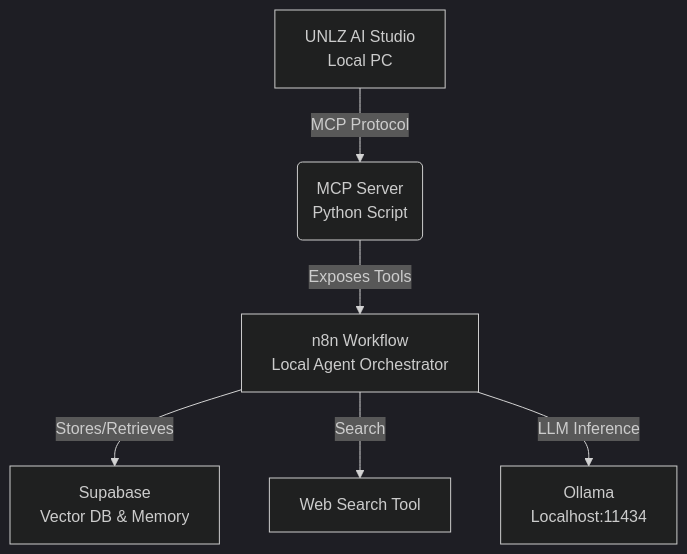
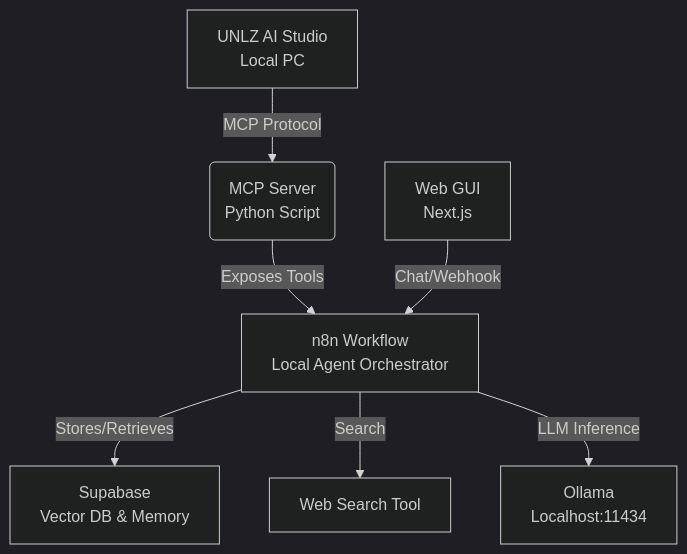
The diagram in README.md (cristianlukas/UNLZ-Agent), drawn with Mermaid (dark theme) before and after one commit. The commit also changed other lines of this file and 21 other files, not shown here.

````diff
--- a/README.md
+++ b/README.md
@@ -11,8 +11,9 @@
 ```mermaid
 graph TD
     A[UNLZ AI Studio<br/>Local PC] -->|MCP Protocol| B(MCP Server<br/>Python Script)
     B -->|Exposes Tools| C[n8n Workflow<br/>Local Agent Orchestrator]
     C -->|Stores/Retrieves| D[Supabase<br/>Vector DB & Memory]
     C -->|Search| E[Web Search Tool]
     C -->|LLM Inference| F[Ollama<br/>Localhost:11434]
+    G[Web GUI<br/>Next.js] -->|Chat/Webhook| C
 ```
````
